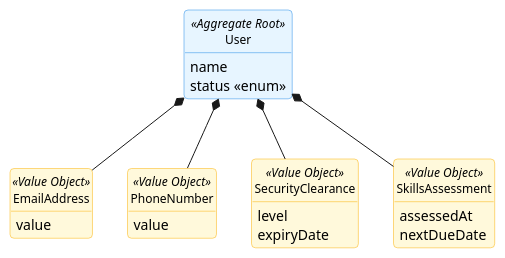
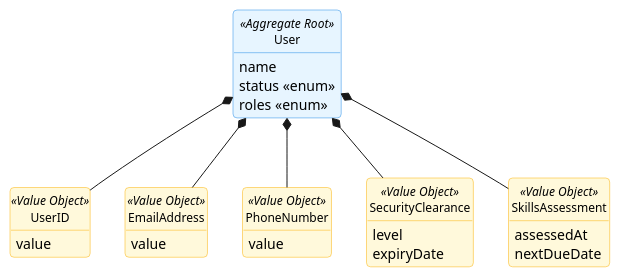
The diagram in docs/global-artifacts/02.analysis/puml/Aggregates/UserAggregate.puml (GustavoFerreira24/flight-management-platform), drawn with PlantUML before and after one commit. The commit also changed 6 other files, not shown here.

```diff
--- a/docs/global-artifacts/02.analysis/puml/Aggregates/UserAggregate.puml
+++ b/docs/global-artifacts/02.analysis/puml/Aggregates/UserAggregate.puml
@@ -1,53 +1,59 @@
 @startuml
 skinparam {
     BackgroundColor white
     RoundCorner 8
     Shadowing false
     Handwritten false
     ClassAttributeIconSize 0
 
     ClassBackgroundColor white
     ClassBorderColor #495057
     ClassFontSize 12
 
     ClassBackgroundColor<<Aggregate Root>> #E7F5FF
     ClassBorderColor<<Aggregate Root>> #228BE6
 
     ClassBackgroundColor<<Value Object>> #FFF9DB
     ClassBorderColor<<Value Object>> #FAB005
 
     ClassBackgroundColor<<Entity>> #F3F0FF
     ClassBorderColor<<Entity>> #7950F2
 }
 hide circle
 hide methods
 
 class User <<Aggregate Root>> {
     name
     status <<enum>>
+    roles <<enum>>
+}
+
+class UserID <<Value Object>> {
+        value
 }
 
 class EmailAddress <<Value Object>> {
     value
 }
 
 class PhoneNumber <<Value Object>> {
     value
 }
 
 class SecurityClearance <<Value Object>> {
     level
     expiryDate
 }
 
 class SkillsAssessment <<Value Object>> {
     assessedAt
     nextDueDate
 }
 
 User *-- SecurityClearance
 User *-- SkillsAssessment
 User *-- EmailAddress
 User *-- PhoneNumber
+User *-- UserID
 
 @enduml
```
